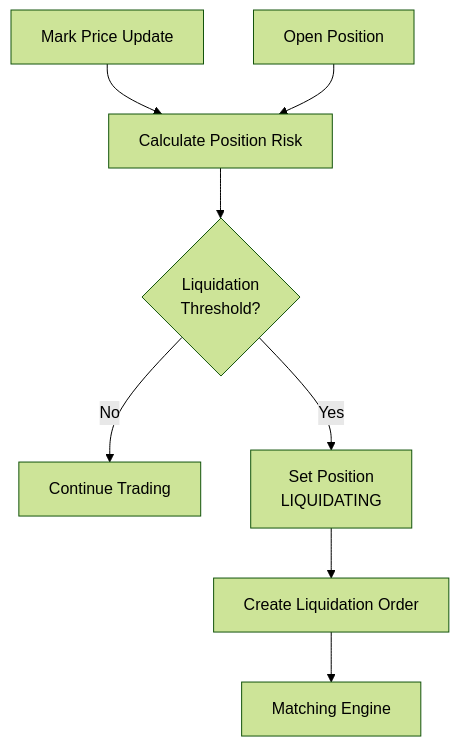
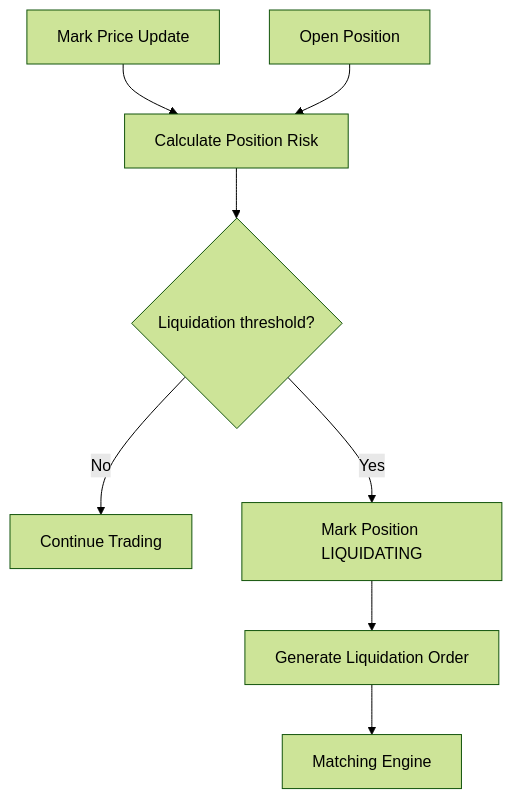
One commit to MANI-116/PERP changed the fifth of 9 diagrams in README.md. Above: the diagram before and after it, drawn with Mermaid (forest theme). The commit also changed other lines of this file, not shown here.

Commit message:
docs: redesign PerpX README as technical architecture showcase

````diff
--- a/README.md
+++ b/README.md
@@ -389,30 +233,10 @@
 ```mermaid
 flowchart TB
-
-    MARK["Mark Price Update"]
-
-    POSITION["Open Position"]
-
-    RISK["Calculate Position Risk"]
-
-    CHECK{"Liquidation<br/>Threshold?"}
-
-    CONTINUE["Continue Trading"]
-
-    STATE["Set Position<br/>LIQUIDATING"]
-
-    ORDER["Create Liquidation Order"]
-
-    ENGINE["Matching Engine"]
-
-    MARK --> RISK
-    POSITION --> RISK
-
-    RISK --> CHECK
-
-    CHECK -->|"No"| CONTINUE
-    CHECK -->|"Yes"| STATE
-
-    STATE --> ORDER
-    ORDER --> ENGINE
+    PRICE["Mark Price Update"] --> RISK["Calculate Position Risk"]
+    POS["Open Position"] --> RISK
+    RISK --> CHECK{"Liquidation threshold?"}
+    CHECK -->|No| SAFE["Continue Trading"]
+    CHECK -->|Yes| STATE["Mark Position LIQUIDATING"]
+    STATE --> ORDER["Generate Liquidation Order"]
+    ORDER --> ENGINE["Matching Engine"]
 ```
````
